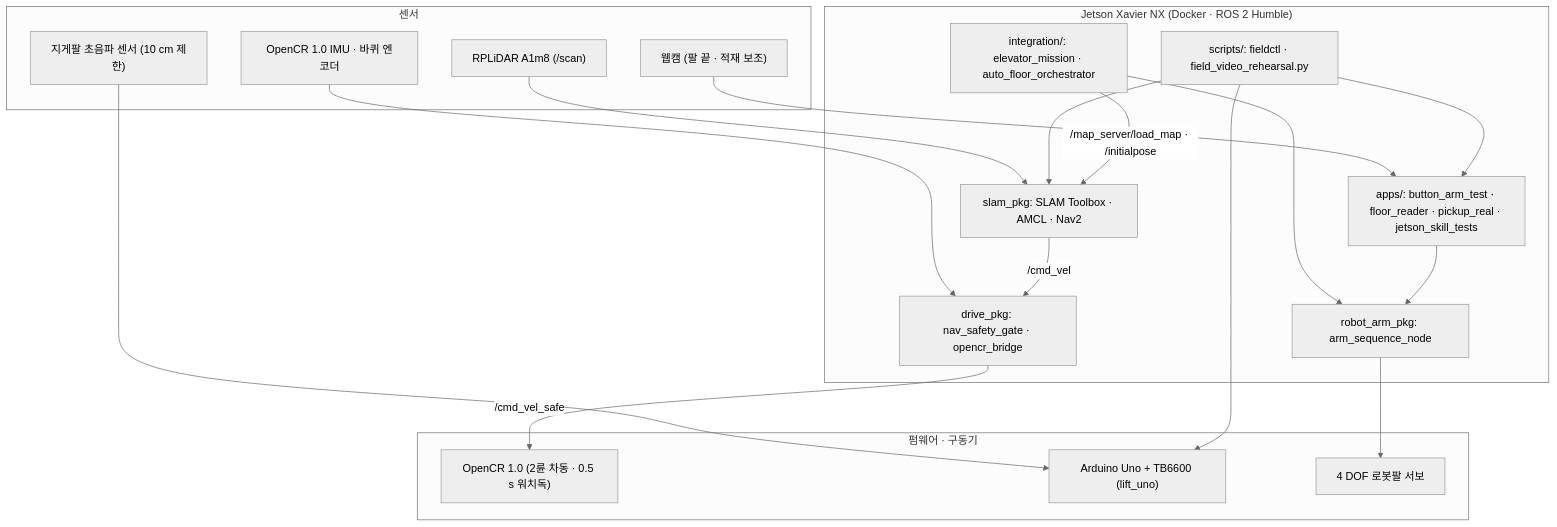
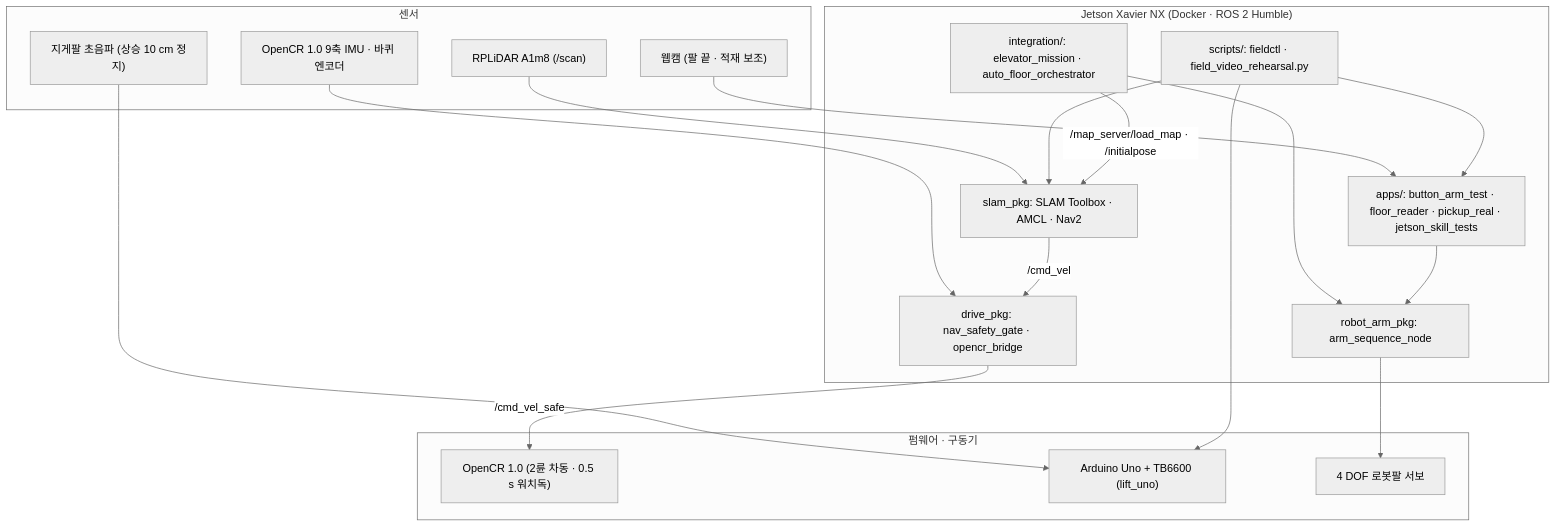
One commit to PackagU/PackagU changed the diagram in docs/architecture.md. Above: the diagram before and after it, drawn with Mermaid (neutral theme). The commit also changed other lines of this file and 8 other files, not shown here.

````diff
--- a/docs/architecture.md
+++ b/docs/architecture.md
@@ -7,39 +7,39 @@
 ```mermaid
 flowchart TB
   subgraph SENS["센서"]
     LIDAR["RPLiDAR A1m8 (/scan)"]
-    IMU["OpenCR 1.0 IMU · 바퀴 엔코더"]
+    IMU["OpenCR 1.0 9축 IMU · 바퀴 엔코더"]
     CAM["웹캠 (팔 끝 · 적재 보조)"]
-    US["지게팔 초음파 센서 (10 cm 제한)"]
+    US["지게팔 초음파 (상승 10 cm 정지)"]
   end
 
   subgraph JETSON["Jetson Xavier NX (Docker · ROS 2 Humble)"]
     SLAM["slam_pkg: SLAM Toolbox · AMCL · Nav2"]
     SAFE["drive_pkg: nav_safety_gate · opencr_bridge"]
     ARM["robot_arm_pkg: arm_sequence_node"]
     ORCH["integration/: elevator_mission · auto_floor_orchestrator"]
     APPS["apps/: button_arm_test · floor_reader · pickup_real · jetson_skill_tests"]
     CTRL["scripts/: fieldctl · field_video_rehearsal.py"]
   end
 
   subgraph ACT["펌웨어 · 구동기"]
     OPENCR["OpenCR 1.0 (2륜 차동 · 0.5 s 워치독)"]
     LIFT["Arduino Uno + TB6600 (lift_uno)"]
     SERVO["4 DOF 로봇팔 서보"]
   end
 
   LIDAR --> SLAM
   IMU --> SAFE
   CAM --> APPS
   US --> LIFT
 
   SLAM -->|/cmd_vel| SAFE
   SAFE -->|/cmd_vel_safe| OPENCR
   CTRL --> SLAM
   CTRL --> APPS
   CTRL --> LIFT
   ORCH -->|/map_server/load_map · /initialpose| SLAM
   ORCH --> ARM
   APPS --> ARM
   ARM --> SERVO
 ```
````
